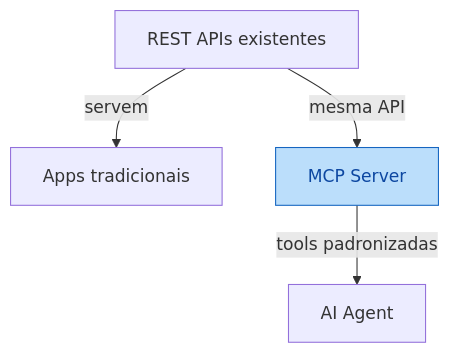
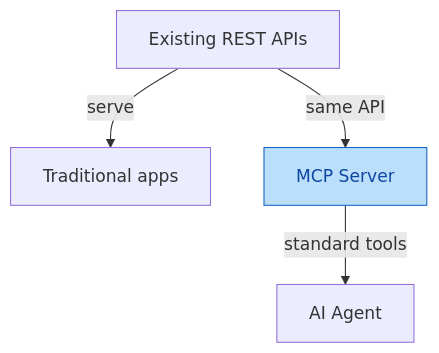
The fifth of 7 diagrams in docs/learn/01-concepts.md (farukzahra/ms-poc), drawn with Mermaid before and after one commit. The commit also changed other lines of this file and 16 other files, not shown here.

````diff
--- a/docs/learn/01-concepts.md
+++ b/docs/learn/01-concepts.md
@@ -119,9 +119,9 @@
 ```mermaid
 flowchart TB
-    REST[REST APIs existentes] -->|servem| Apps[Apps tradicionais]
-    REST -->|mesma API| MCP[MCP Server]
-    MCP -->|tools padronizadas| Agent[AI Agent]
+    REST[Existing REST APIs] -->|serve| Apps[Traditional apps]
+    REST -->|same API| MCP[MCP Server]
+    MCP -->|standard tools| Agent[AI Agent]
 
     classDef boundary fill:#BBDEFB,stroke:#1565C0,color:#0D47A1
     class MCP boundary
 ```
````
